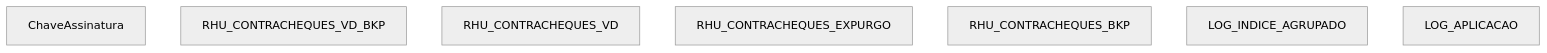
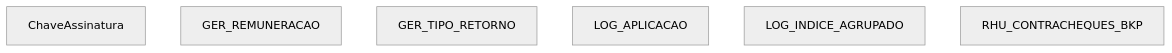
One commit to PedroDeveloper/adsd changed the fourth of 15 diagrams in BDFolhaBA.md. Above: the diagram before and after it, drawn with Mermaid. The commit also changed other lines of this file, not shown here.

````diff
--- a/BDFolhaBA.md
+++ b/BDFolhaBA.md
@@ -86,18 +90,16 @@
 ```mermaid
 graph TB
 %%{ init: { 'theme': 'neutral', 'flowchart': { 'useMaxWidth': false, 'curve': 'basis' }}}%%
 	ChaveAssinatura["ChaveAssinatura"]
 
-	RHU_CONTRACHEQUES_VD_BKP["RHU_CONTRACHEQUES_VD_BKP"]
+	GER_REMUNERACAO["GER_REMUNERACAO"]
 
-	RHU_CONTRACHEQUES_VD["RHU_CONTRACHEQUES_VD"]
+	GER_TIPO_RETORNO["GER_TIPO_RETORNO"]
 
-	RHU_CONTRACHEQUES_EXPURGO["RHU_CONTRACHEQUES_EXPURGO"]
+	LOG_APLICACAO["LOG_APLICACAO"]
+
+	LOG_INDICE_AGRUPADO["LOG_INDICE_AGRUPADO"]
 
 	RHU_CONTRACHEQUES_BKP["RHU_CONTRACHEQUES_BKP"]
 
-	LOG_INDICE_AGRUPADO["LOG_INDICE_AGRUPADO"]
-
-	LOG_APLICACAO["LOG_APLICACAO"]
-
 ```
````
